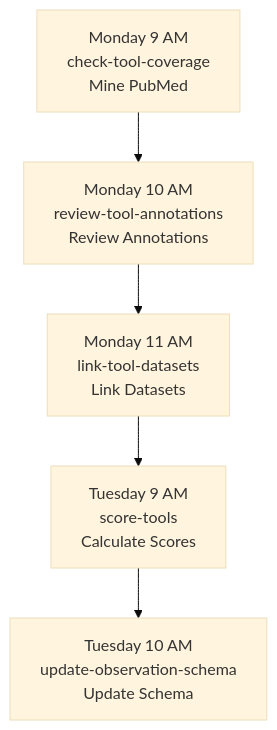
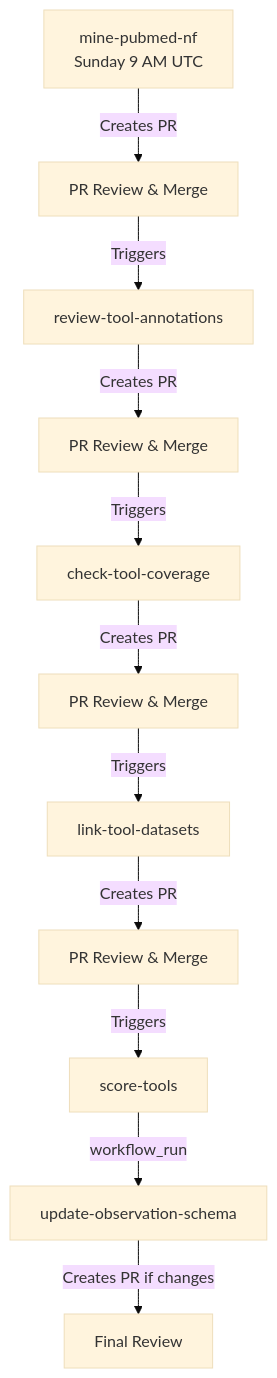
One commit to nf-osi/nf-research-tools-schema changed the diagram in docs/WORKFLOW_COORDINATION.md. Above: the diagram before and after it, drawn with Mermaid (base theme). The commit also changed other lines of this file and 6 other files, not shown here.

````diff
--- a/docs/WORKFLOW_COORDINATION.md
+++ b/docs/WORKFLOW_COORDINATION.md
@@ -39,7 +16,13 @@
 ```mermaid
 graph TD
-    A[Monday 9 AM<br/>check-tool-coverage<br/>Mine PubMed] --> B[Monday 10 AM<br/>review-tool-annotations<br/>Review Annotations]
-    B --> C[Monday 11 AM<br/>link-tool-datasets<br/>Link Datasets]
-    C --> D[Tuesday 9 AM<br/>score-tools<br/>Calculate Scores]
-    D --> E[Tuesday 10 AM<br/>update-observation-schema<br/>Update Schema]
+    A[mine-pubmed-nf<br/>Sunday 9 AM UTC] -->|Creates PR| B[PR Review & Merge]
+    B -->|Triggers| C[review-tool-annotations]
+    C -->|Creates PR| D[PR Review & Merge]
+    D -->|Triggers| E[check-tool-coverage]
+    E -->|Creates PR| F[PR Review & Merge]
+    F -->|Triggers| G[link-tool-datasets]
+    G -->|Creates PR| H[PR Review & Merge]
+    H -->|Triggers| I[score-tools]
+    I -->|workflow_run| J[update-observation-schema]
+    J -->|Creates PR if changes| K[Final Review]
 ```
````
